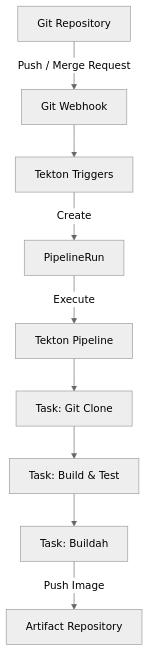
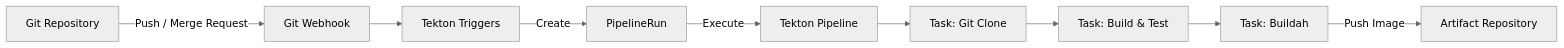
The diagram in JOURNAL/2026/10/DAILY/2026-10-22.md (C-niiffk/CNK), drawn with Mermaid (neutral theme) before and after one commit.

Commit message:
2026-10-22

````diff
--- a/JOURNAL/2026/10/DAILY/2026-10-22.md
+++ b/JOURNAL/2026/10/DAILY/2026-10-22.md
@@ -9,21 +9,21 @@
 ```mermaid
-flowchart TD
+flowchart LR
     A["Git Repository"]
     B["Git Webhook"]
     C["Tekton Triggers"]
     D["PipelineRun"]
     E["Tekton Pipeline"]
     F["Task: Git Clone"]
     G["Task: Build & Test"]
     H["Task: Buildah"]
     I["Artifact Repository"]
 
     A -->|Push / Merge Request| B
     B --> C
     C -->|Create| D
     D -->|Execute| E
     E --> F
     F --> G
     G --> H
     H -->|Push Image| I
 ```
````
